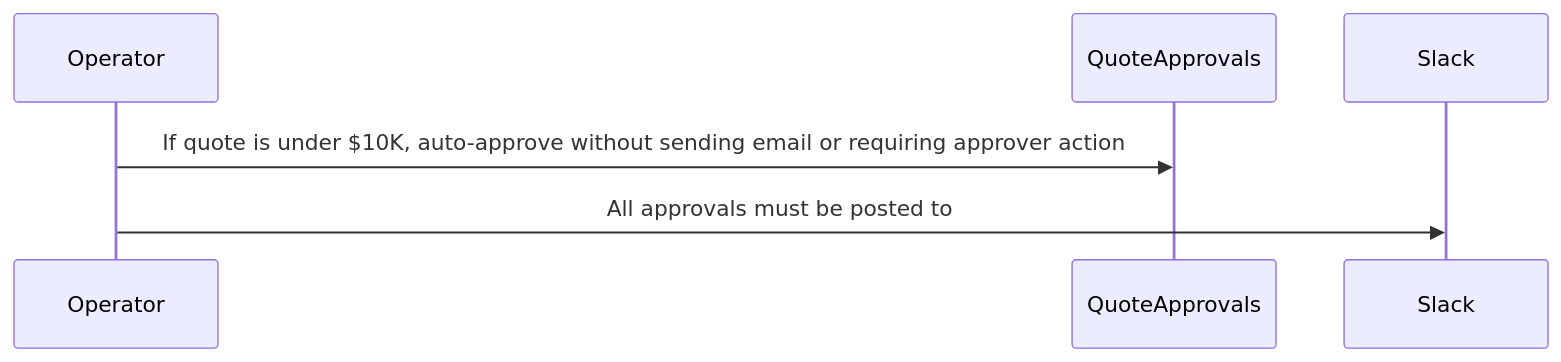
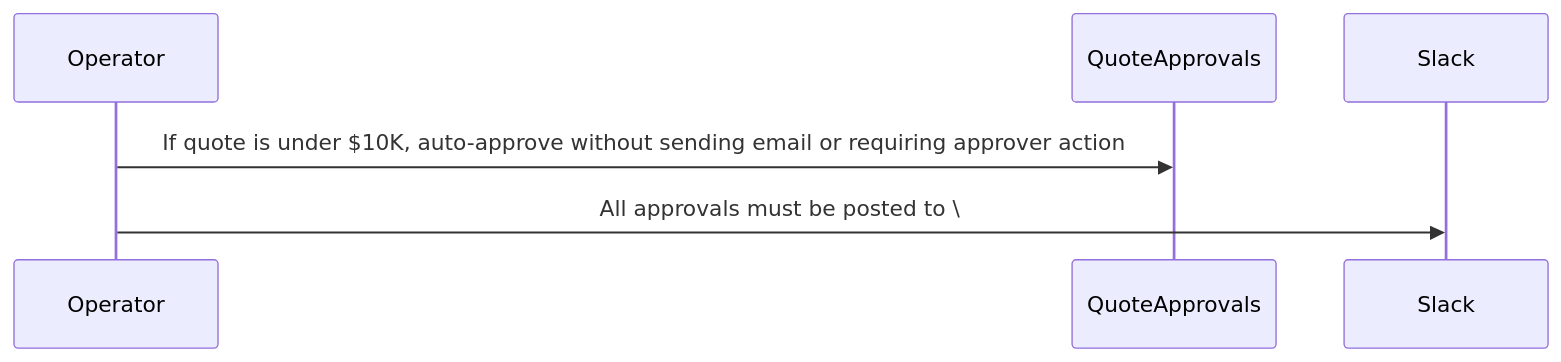
The third of 10 diagrams in examples/deal-desk-manage-hubspot-quote-approvals-slack.md (asafam/programmable-online-llm-objects), drawn with Mermaid before and after one commit.

Commit message:
Highlight

````diff
--- a/examples/deal-desk-manage-hubspot-quote-approvals-slack.md
+++ b/examples/deal-desk-manage-hubspot-quote-approvals-slack.md
@@ -86,9 +86,9 @@
 ```mermaid
 sequenceDiagram
   participant Operator
   participant QuoteApprovals
   participant Slack
 
   Operator->>QuoteApprovals: If quote is under $10K, auto-approve without sending email or requiring approver action
-  Operator->>Slack: All approvals must be posted to #quote-approvals with approver name
+  Operator->>Slack: All approvals must be posted to \#quote-approvals with approver name
 ```
````
